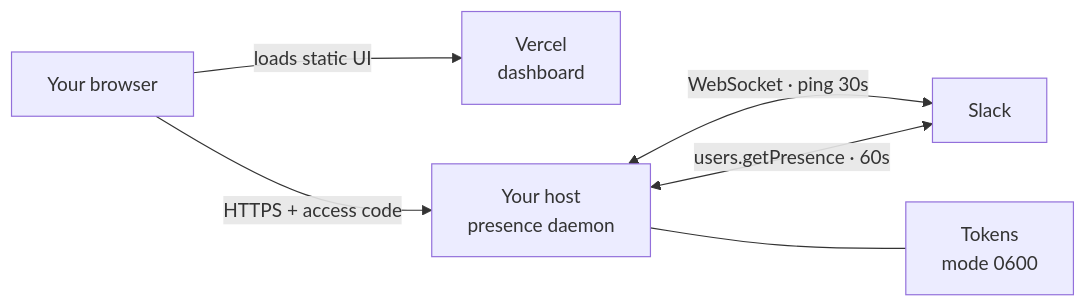
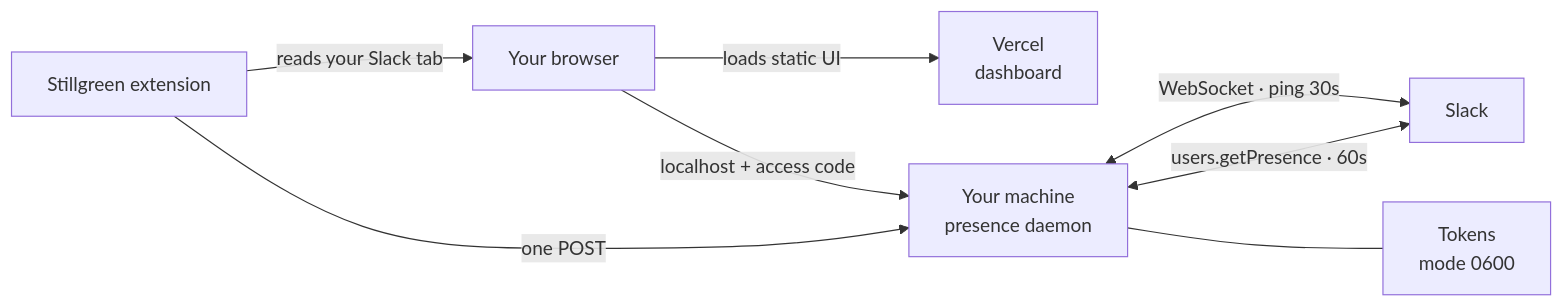
The diagram in README.md (laxmideepak/Still-Green), drawn with Mermaid before and after one commit. The commit also changed other lines of this file and 35 other files, not shown here.

Commit message:
Add the capture extension and drop cloud-host deployment in favour of a local daemon

````diff
--- a/README.md
+++ b/README.md
@@ -88,8 +87,10 @@
 ```mermaid
 flowchart LR
   U["Your browser"] -->|loads static UI| V["Vercel<br/>dashboard"]
-  U -->|HTTPS + access code| D["Your host<br/>presence daemon"]
+  U -->|localhost + access code| D["Your machine<br/>presence daemon"]
+  X["Stillgreen extension"] -->|reads your Slack tab| U
+  X -->|one POST| D
   D <-->|WebSocket · ping 30s| S["Slack"]
   D <-->|users.getPresence · 60s| S
   D --- T["Tokens<br/>mode 0600"]
 ```
````
